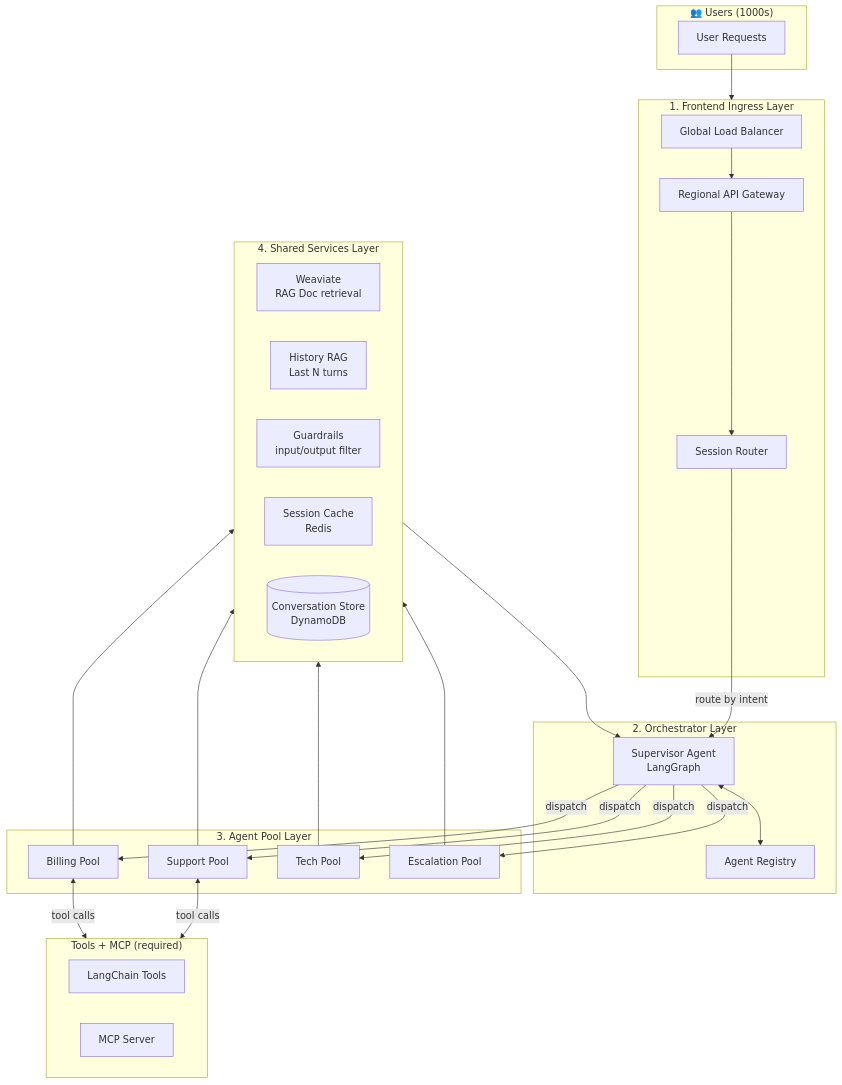
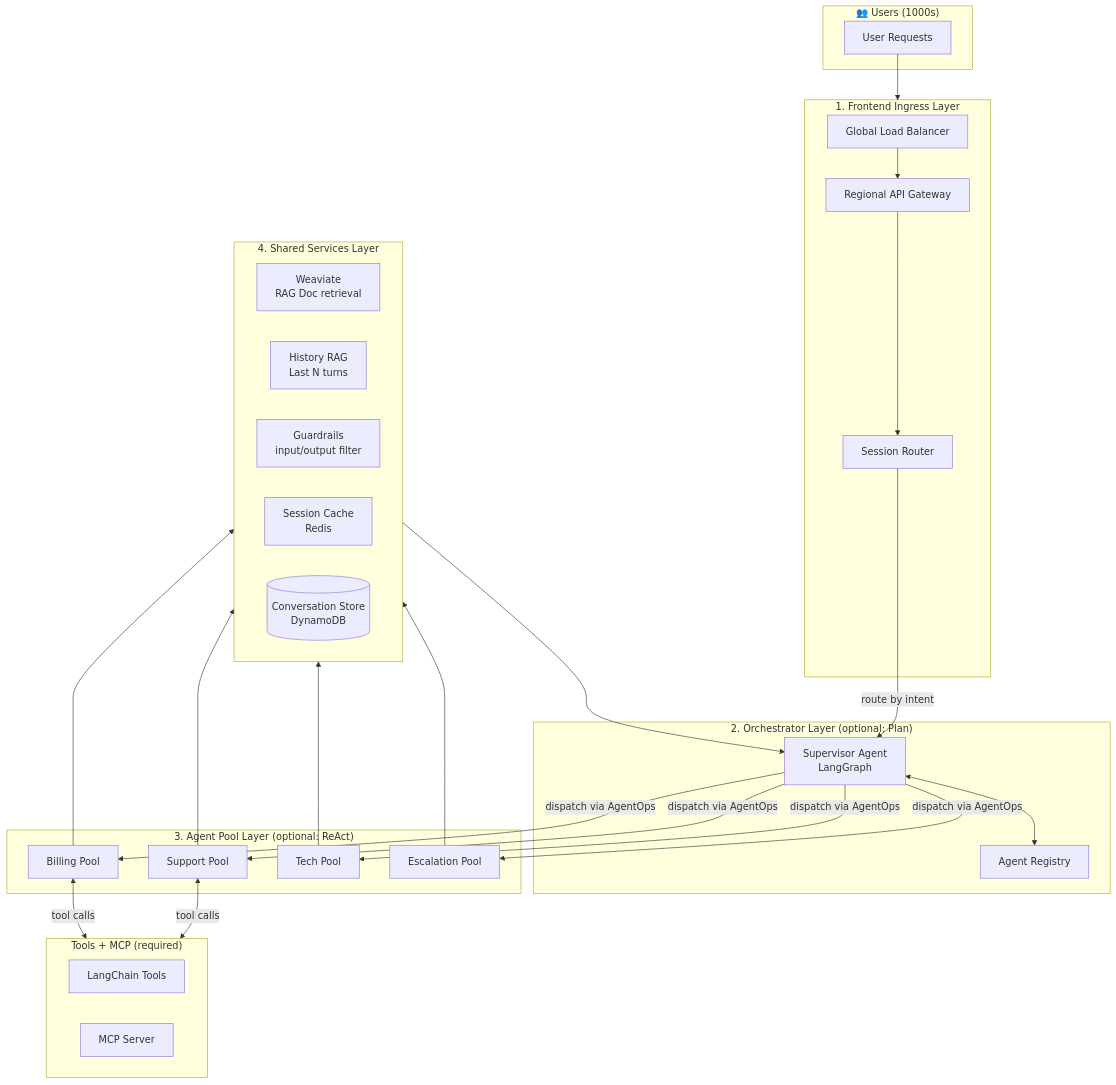
One commit to deepyad/Agentic_Production_Env changed the fourth of 16 diagrams in Documentation/ARCHITECTURE_DESIGN.md. Above: the diagram before and after it, drawn with Mermaid. The commit also changed other lines of this file and 16 other files, not shown here.

````diff
--- a/Documentation/ARCHITECTURE_DESIGN.md
+++ b/Documentation/ARCHITECTURE_DESIGN.md
@@ -126,53 +128,53 @@
 ```mermaid
 flowchart TB
     subgraph Users["👥 Users (1000s)"]
         U[User Requests]
     end
 
     subgraph Ingress["1. Frontend Ingress Layer"]
         GLB[Global Load Balancer]
         GW[Regional API Gateway]
         RTR[Session Router]
         GLB --> GW --> RTR
     end
 
-    subgraph Orchestrator["2. Orchestrator Layer"]
+    subgraph Orchestrator["2. Orchestrator Layer (optional: Plan)"]
         SUP[Supervisor Agent<br/>LangGraph]
         REG[Agent Registry]
         SUP <--> REG
     end
 
-    subgraph Pools["3. Agent Pool Layer"]
+    subgraph Pools["3. Agent Pool Layer (optional: ReAct)"]
         SP[Support Pool]
         BP[Billing Pool]
         TP[Tech Pool]
         EP[Escalation Pool]
     end
 
     subgraph ToolsMCP["Tools + MCP (required)"]
         TOOLS[LangChain Tools]
         MCP[MCP Server]
     end
 
     subgraph Shared["4. Shared Services Layer"]
         DOCRAG[Weaviate<br/>RAG Doc retrieval]
         HISTRAG[History RAG<br/>Last N turns]
         GUARD[Guardrails<br/>input/output filter]
         REDIS[Session Cache<br/>Redis]
         DB[(Conversation Store<br/>DynamoDB)]
     end
 
     U --> Ingress
     RTR -->|route by intent| SUP
-    SUP -->|dispatch| SP
-    SUP -->|dispatch| BP
-    SUP -->|dispatch| TP
-    SUP -->|dispatch| EP
+    SUP -->|dispatch via AgentOps| SP
+    SUP -->|dispatch via AgentOps| BP
+    SUP -->|dispatch via AgentOps| TP
+    SUP -->|dispatch via AgentOps| EP
     SP --> Shared
     BP --> Shared
     TP --> Shared
     EP --> Shared
     Shared --> SUP
     SP <-->|tool calls| ToolsMCP
     BP <-->|tool calls| ToolsMCP
 ```
````
